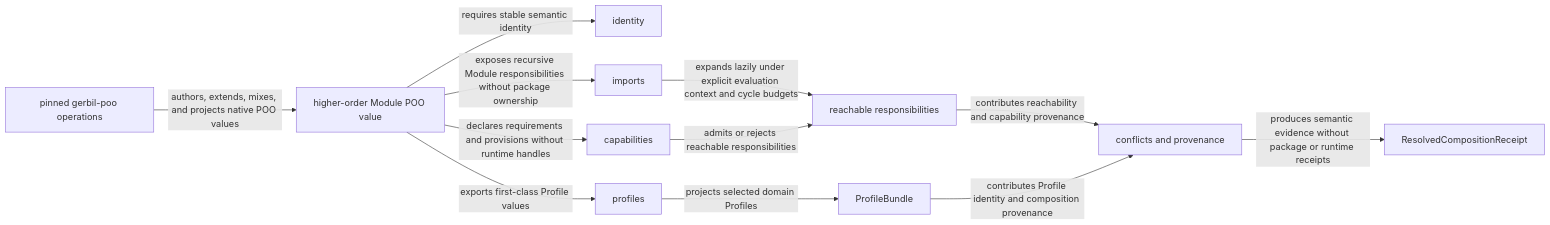
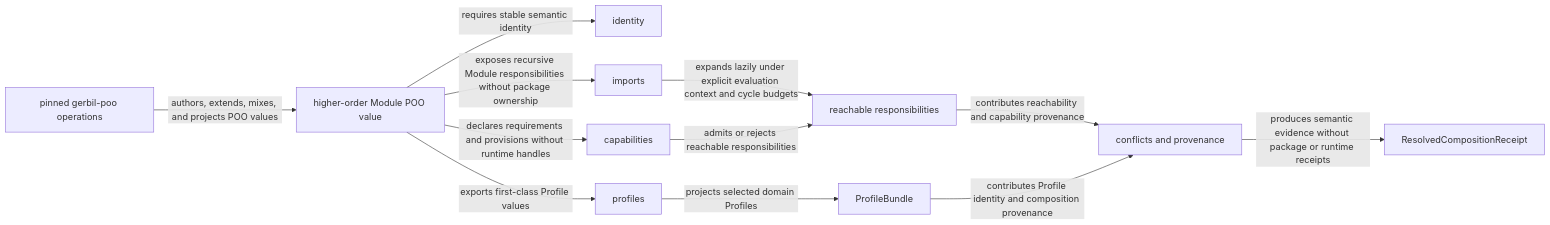
One commit to tao3k/gebril-yuanxu changed the first of 2 diagrams in module-system/design/45-121-minimal-higher-order-module-poo-value-and-responsibility-slot-algebra.org. Above: the diagram before and after it, drawn with Mermaid. The commit also changed other lines of this file and 1469 other files, not shown here.

```diff
--- a/module-system/design/45-121-minimal-higher-order-module-poo-value-and-responsibility-slot-algebra.org
+++ b/module-system/design/45-121-minimal-higher-order-module-poo-value-and-responsibility-slot-algebra.org
@@ -58,25 +58,25 @@
 #+begin_src mermaid
 flowchart LR
   U["pinned gerbil-poo operations"]
   M["higher-order Module POO value"]
   I["identity"]
   N["imports"]
   C["capabilities"]
   P["profiles"]
   R["reachable responsibilities"]
   B["ProfileBundle"]
   F["conflicts and provenance"]
   Q["ResolvedCompositionReceipt"]
 
-  U -->|"authors, extends, mixes, and projects native POO values"| M
+  U -->|"authors, extends, mixes, and projects POO values"| M
   M -->|"requires stable semantic identity"| I
   M -->|"exposes recursive Module responsibilities without package ownership"| N
   M -->|"declares requirements and provisions without runtime handles"| C
   M -->|"exports first-class Profile values"| P
   N -->|"expands lazily under explicit evaluation context and cycle budgets"| R
   C -->|"admits or rejects reachable responsibilities"| R
   P -->|"projects selected domain Profiles"| B
   R -->|"contributes reachability and capability provenance"| F
   B -->|"contributes Profile identity and composition provenance"| F
   F -->|"produces semantic evidence without package or runtime receipts"| Q
 #+end_src
```
